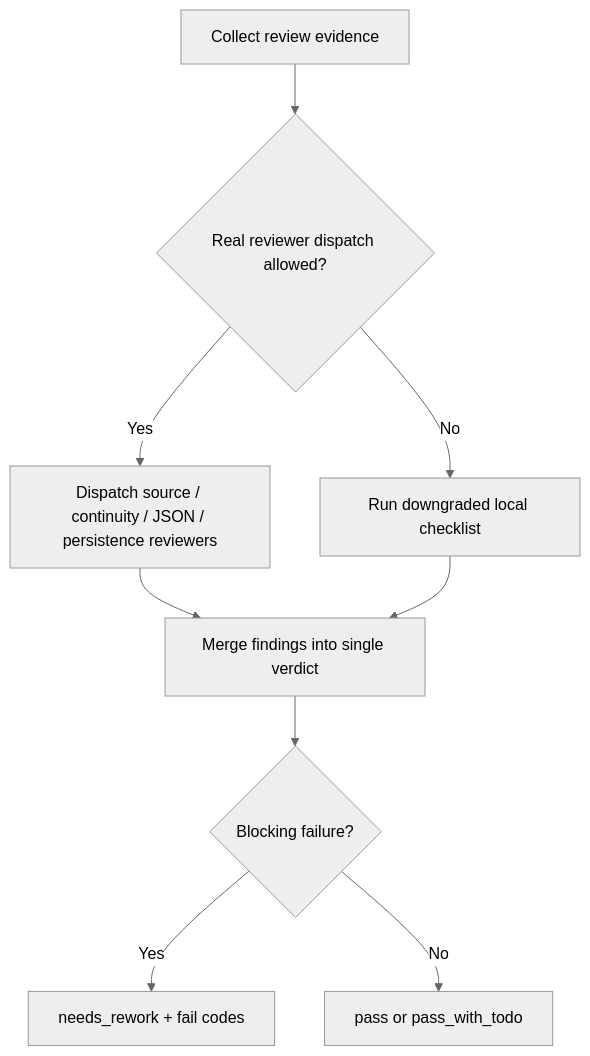
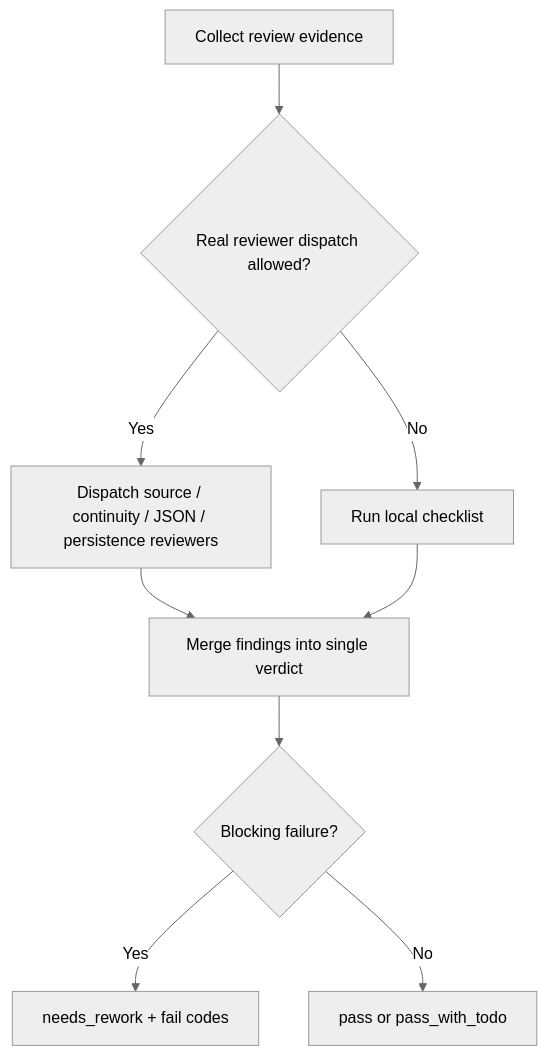
The diagram in .agents/skills/aigc/7-设计/场景/3-生成/review/review-contract.md (ZEN-VOID/AI-CUT), drawn with Mermaid (neutral theme) before and after one commit. The commit also changed other lines of this file and 137 other files, not shown here.

````diff
--- a/.agents/skills/aigc/7-设计/场景/3-生成/review/review-contract.md
+++ b/.agents/skills/aigc/7-设计/场景/3-生成/review/review-contract.md
@@ -14,11 +14,11 @@
 ```mermaid
 flowchart TD
     A["Collect review evidence"] --> B{"Real reviewer dispatch allowed?"}
     B -->|"Yes"| C["Dispatch source / continuity / JSON / persistence reviewers"]
-    B -->|"No"| D["Run downgraded local checklist"]
+    B -->|"No"| D["Run local checklist"]
     C --> E["Merge findings into single verdict"]
     D --> E
     E --> F{"Blocking failure?"}
     F -->|"Yes"| G["needs_rework + fail codes"]
     F -->|"No"| H["pass or pass_with_todo"]
 ```
````
